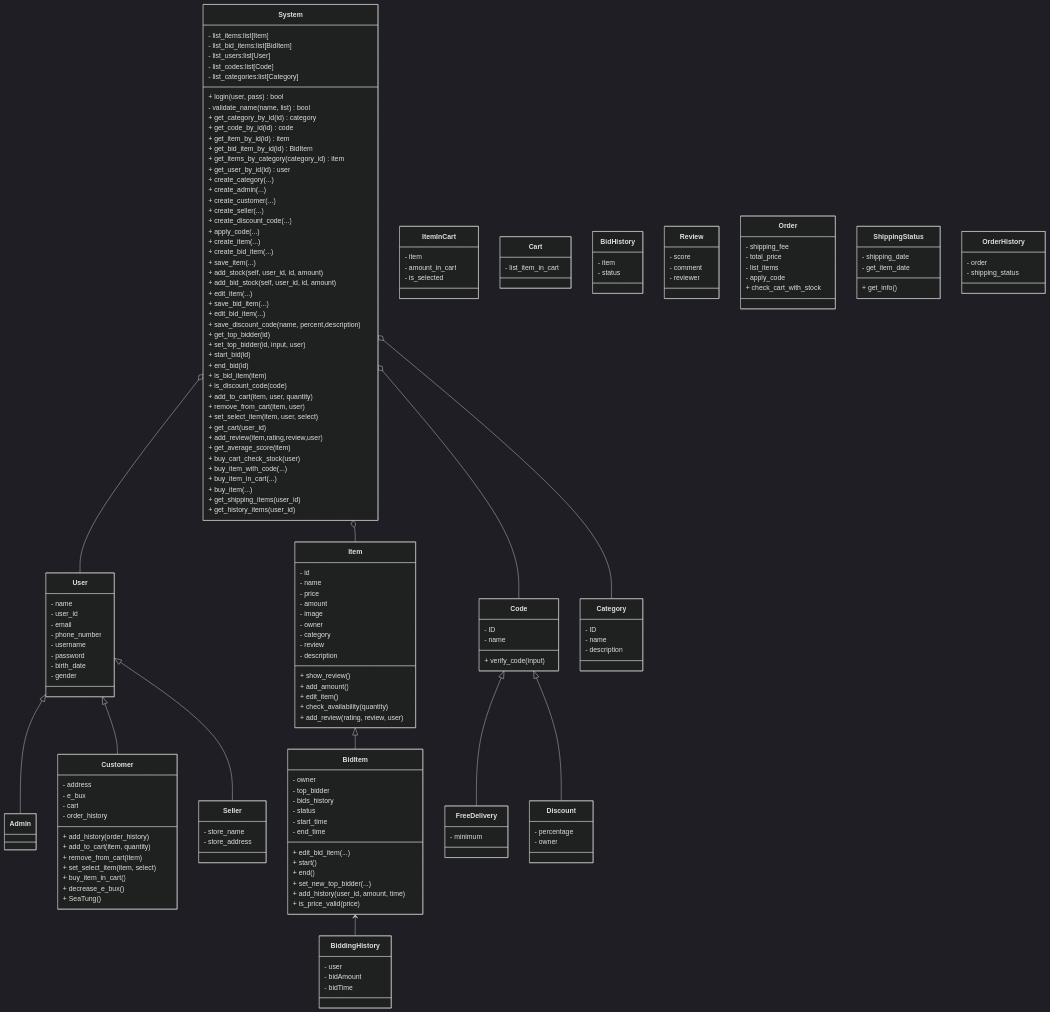
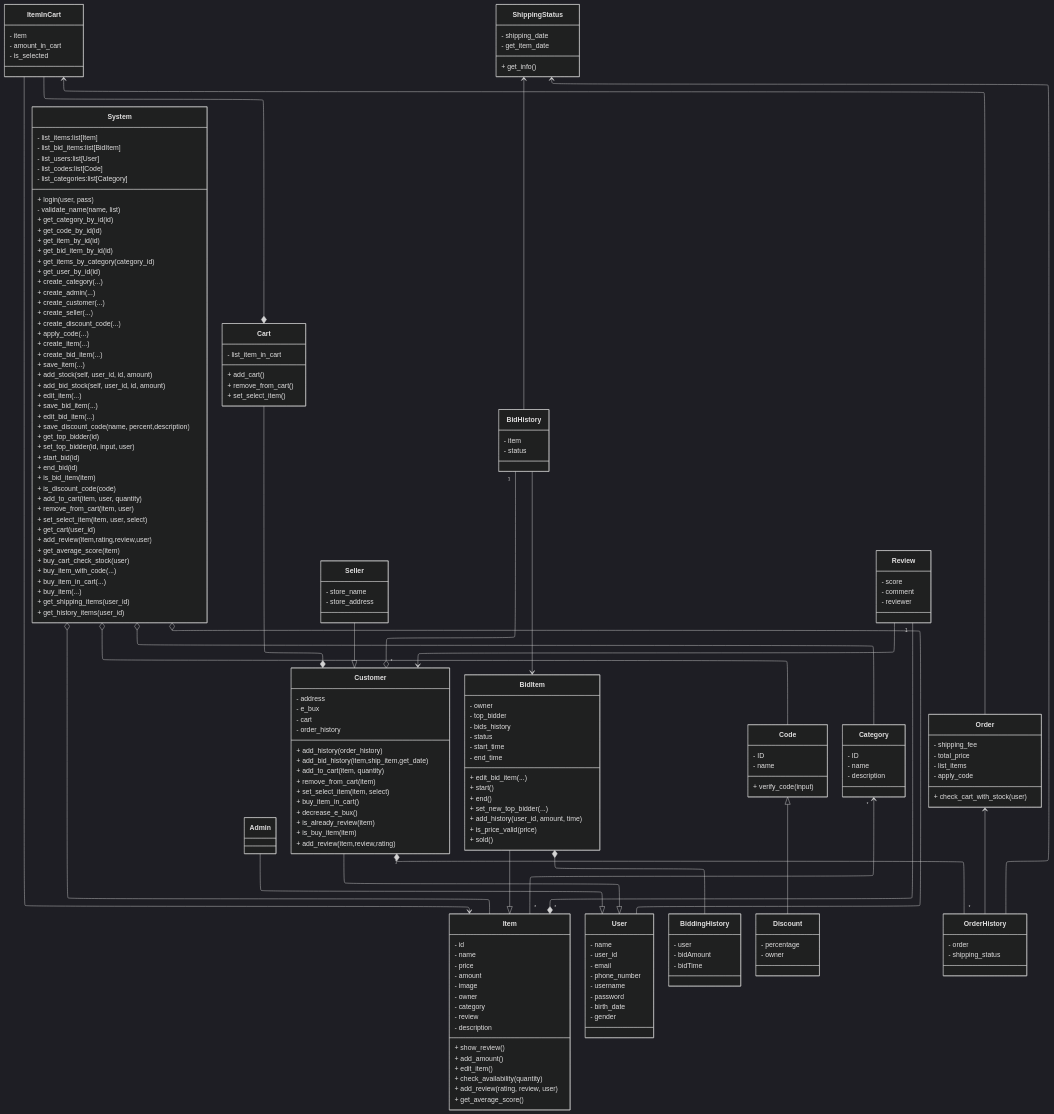
The diagram in diagram/class_diagram.md (Bokutosimp/CE_OOP_PROJECT), drawn with Mermaid before and after one commit. The commit also changed 2 other files, not shown here.

Commit message:
update class diagram and remove unnecessary comment

````diff
--- a/diagram/class_diagram.md
+++ b/diagram/class_diagram.md
@@ -3,6 +3,7 @@
 config:
   theme: dark
   look: classic
+  layout: elk
 ---
 classDiagram
     class System{
@@ -11,14 +12,14 @@
         - list_users:list[User]
         - list_codes:list[Code]
         - list_categories:list[Category]
-        + login(user, pass)bool
-        - validate_name(name, list)bool
-        + get_category_by_id(id)category
-        + get_code_by_id(id)code
-        + get_item_by_id(id)item
-        + get_bid_item_by_id(id)BidItem
-        + get_items_by_category(category_id)item
-        + get_user_by_id(id)user
+        + login(user, pass)
+        - validate_name(name, list)
+        + get_category_by_id(id)
+        + get_code_by_id(id)
+        + get_item_by_id(id)
+        + get_bid_item_by_id(id)
+        + get_items_by_category(category_id)
+        + get_user_by_id(id)
         + create_category(...)
         + create_admin(...)
         + create_customer(...)
@@ -68,6 +69,7 @@
         + edit_item()
         + check_availability(quantity)
         + add_review(rating, review, user)
+        + get_average_score()
     }
     class ItemInCart{
         - item
@@ -76,6 +78,9 @@
     }
     class Cart{
         - list_item_in_cart
+        + add_cart()
+        + remove_from_cart()
+        + set_select_item()
     }
     class User{
         - name
@@ -89,26 +94,26 @@
     }
     class Admin{
     }
-    User <|-- Admin
     class Customer{
         - address
         - e_bux
         - cart
         - order_history
         + add_history(order_history)
+        + add_bid_history(item,ship_item,get_date)
         + add_to_cart(item, quantity)
         + remove_from_cart(item)
         + set_select_item(item, select)
         + buy_item_in_cart()
         + decrease_e_bux()
-        + SeaTung()
+        + is_already_review(item)
+        + is_buy_item(item)
+        + add_review(item,review,rating)
     }
-    User <|-- Customer
     class Seller{
         - store_name
         - store_address
     }
-    User <|-- Seller
     class BidHistory{
         - item
         - status
@@ -131,8 +136,8 @@
         + set_new_top_bidder(...)
         + add_history(user_id, amount, time)
         + is_price_valid(price)
+        + sold()
     }
-    Item <|-- BidItem
     class Review{
         - score
         - comment
@@ -143,15 +148,10 @@
         - name
         + verify_code(input)
     }
-    class FreeDelivery{
-        - minimum
-    }
-    Code <|-- FreeDelivery
     class Discount{
         - percentage
         - owner
     }
-    Code <|-- Discount
     class Category{
         - ID
         - name
@@ -162,7 +162,7 @@
         - total_price
         - list_items
         - apply_code
-        + check_cart_with_stock
+        + check_cart_with_stock(user)
     }
     class ShippingStatus{
         - shipping_date
@@ -173,13 +173,27 @@
         - order
         - shipping_status
     }
-
+    System o-- User
     System o-- Item
-    System o-- User
+    System o-- Category
     System o-- Code
-    System o-- Category
-
-    BidItem <-- BiddingHistory
-
-
+    Admin --|> User
+    Customer --|> User
+    Seller --|> Customer
+    Customer "1" *-- "*" OrderHistory
+    Category "*" <-- "*" Item
+    Code <|-- Discount
+    Cart --* Customer
+    ItemInCart --* Cart
+    ItemInCart <-- Order
+    Order <-- OrderHistory
+    ShippingStatus <-- OrderHistory
+    Review "1" --* "*" Item
+    BidItem --|> Item
+    BidHistory --> BidItem
+    BidHistory "1" --o "*" Customer
+    ItemInCart --> Item
+    Review --> Customer
+    ShippingStatus <-- BidHistory
+    BidItem *-- BiddingHistory
 ```
````
